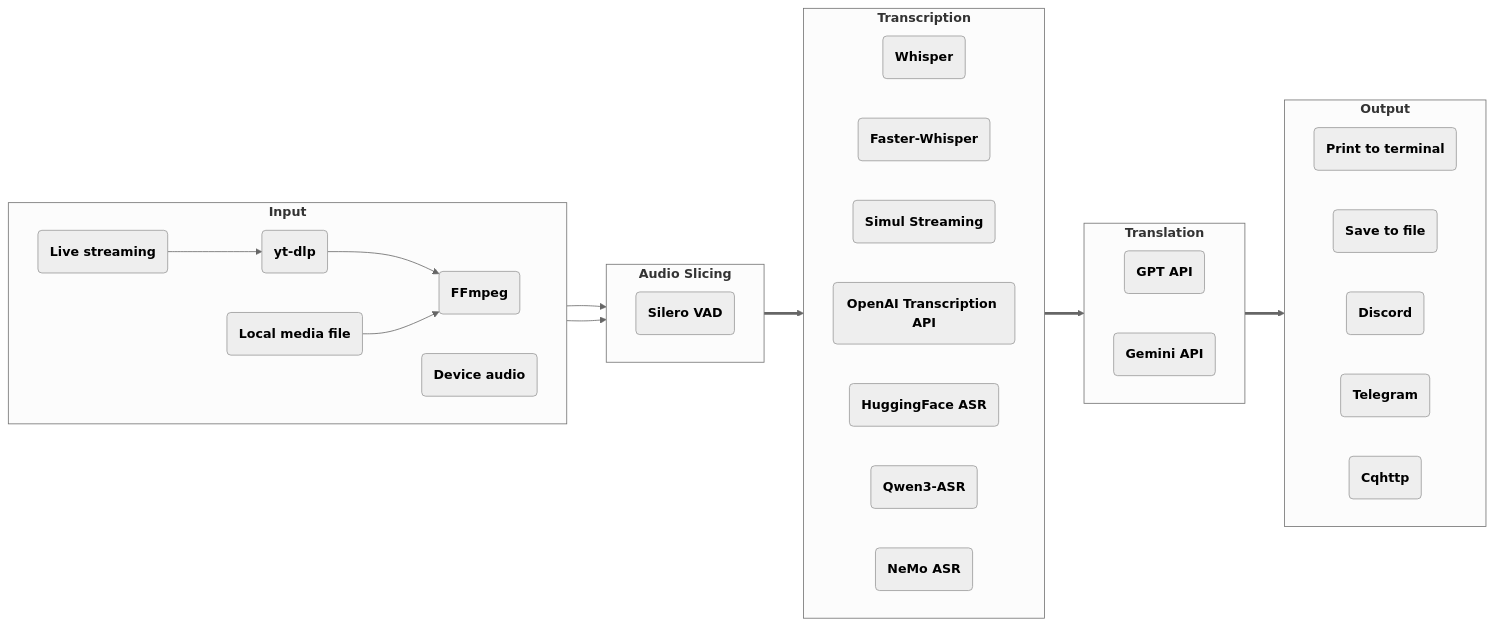
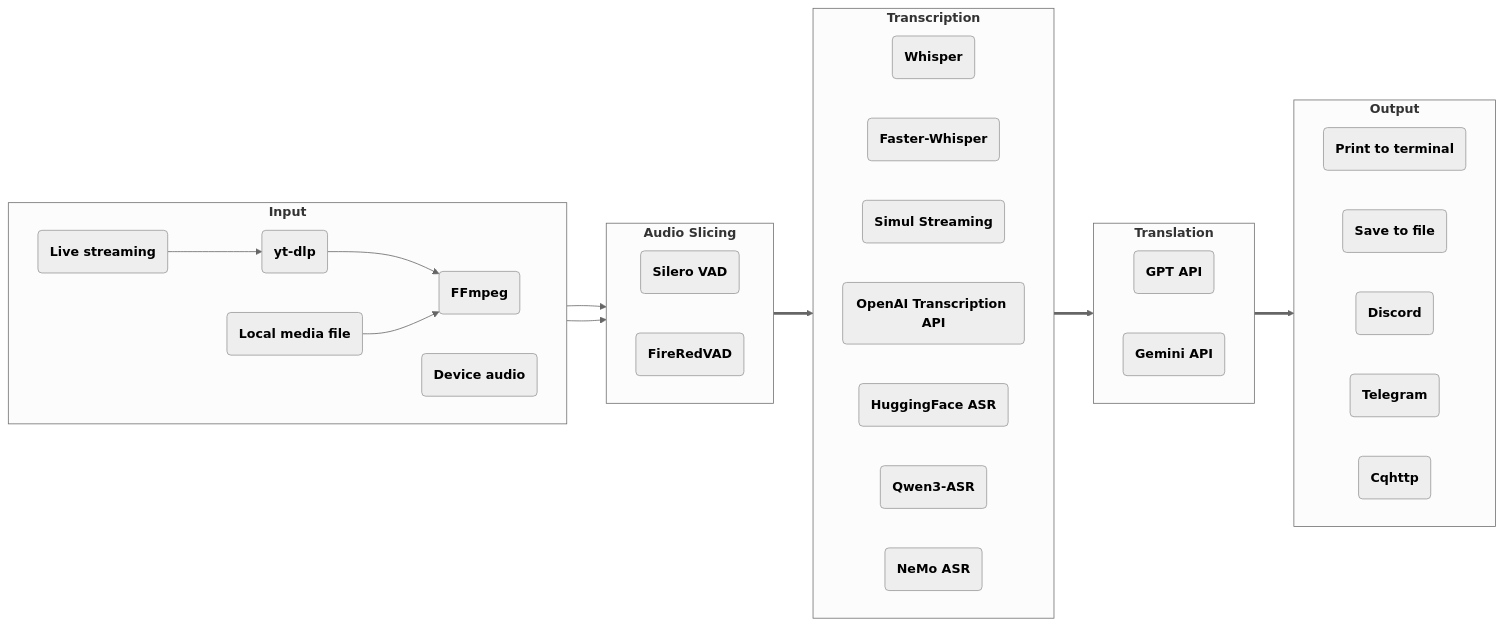
One commit to W-Nana/stream-translator-gpt changed the diagram in README.md. Above: the diagram before and after it, drawn with Mermaid (neutral theme). The commit also changed other lines of this file and 7 other files, not shown here.

````diff
--- a/README.md
+++ b/README.md
@@ -19,46 +21,47 @@
 ```mermaid
 flowchart LR
     subgraph ga["`**Input**`"]
         direction LR
         aa("`**FFmpeg**`")
         ab("`**Device audio**`")
         ac("`**yt-dlp**`")
         ad("`**Local media file**`")
         ae("`**Live streaming**`")
         ac --> aa
         ad --> aa
         ae --> ac
     end
     subgraph gb["`**Audio Slicing**`"]
         direction LR
         ba("`**Silero VAD**`")
+        bb("`**FireRedVAD**`")
     end
     subgraph gc["`**Transcription**`"]
         direction LR
         ca("`**Whisper**`")
         cb("`**Faster-Whisper**`")
         cc("`**Simul Streaming**`")
         cd("`**OpenAI Transcription API**`")
         ce("`**HuggingFace ASR**`")
         cf("`**Qwen3-ASR**`")
         cg("`**NeMo ASR**`")
     end
     subgraph gd["`**Translation**`"]
         direction LR
         da("`**GPT API**`")
         db("`**Gemini API**`")
     end
     subgraph ge["`**Output**`"]
         direction LR
         ea("`**Print to terminal**`")
         ee("`**Save to file**`")
         ec("`**Discord**`")
         ed("`**Telegram**`")
         eb("`**Cqhttp**`")
     end
     aa --> gb
     ab --> gb
     gb ==> gc
     gc ==> gd
     gd ==> ge
 ```
````
